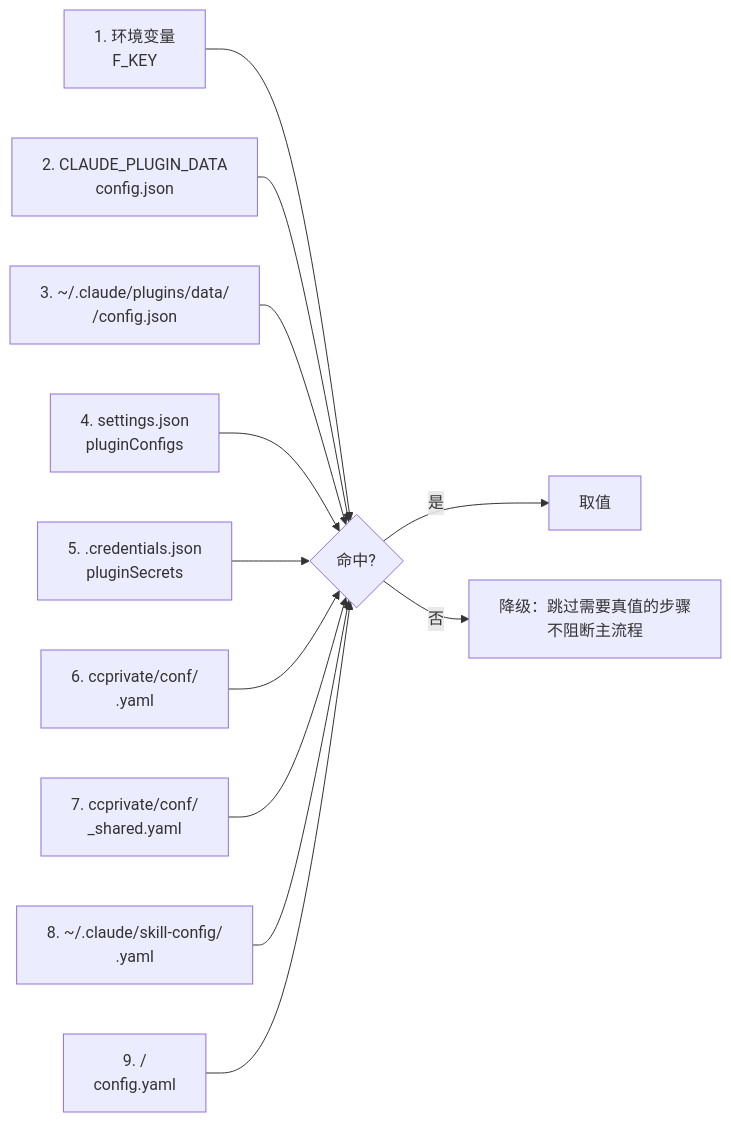
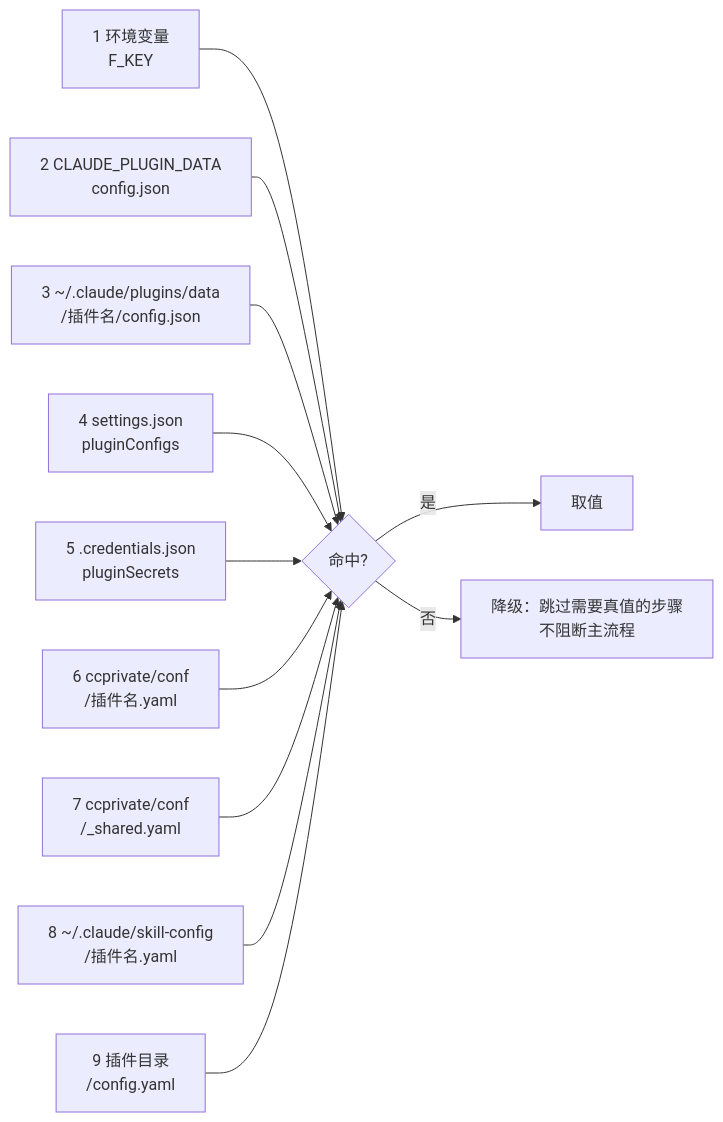
Before and after one commit to mengfanchun2017/skill: the third of 3 diagrams in README.md, drawn with Mermaid. The commit also changed 2 other files, not shown here.

Commit message:
Auto-sync: skill 3 文件
  README.md
  plugins/fdigest/scripts/build_cases.py
  www/index.html

````diff
--- a/README.md
+++ b/README.md
@@ -185,14 +185,14 @@
 ```mermaid
 flowchart LR
-    A["1. 环境变量<br/>F_KEY"] --> Z{"命中?"}
-    B["2. CLAUDE_PLUGIN_DATA<br/>config.json"] --> Z
-    C["3. ~/.claude/plugins/data/<br/><plugin>/config.json"] --> Z
-    D["4. settings.json<br/>pluginConfigs"] --> Z
-    E["5. .credentials.json<br/>pluginSecrets"] --> Z
-    F["6. ccprivate/conf/<br/><plugin>.yaml"] --> Z
-    G["7. ccprivate/conf/<br/>_shared.yaml"] --> Z
-    H["8. ~/.claude/skill-config/<br/><plugin>.yaml"] --> Z
-    I["9. <plugin目录>/<br/>config.yaml"] --> Z
+    A["1 环境变量<br/>F_KEY"] --> Z{"命中?"}
+    B["2 CLAUDE_PLUGIN_DATA<br/>config.json"] --> Z
+    C["3 ~/.claude/plugins/data<br/>/插件名/config.json"] --> Z
+    D["4 settings.json<br/>pluginConfigs"] --> Z
+    E["5 .credentials.json<br/>pluginSecrets"] --> Z
+    F["6 ccprivate/conf<br/>/插件名.yaml"] --> Z
+    G["7 ccprivate/conf<br/>/_shared.yaml"] --> Z
+    H["8 ~/.claude/skill-config<br/>/插件名.yaml"] --> Z
+    I["9 插件目录<br/>/config.yaml"] --> Z
     Z -->|是| OK["取值"]
     Z -->|否| DEG["降级：跳过需要真值的步骤<br/>不阻断主流程"]
 ```
````
